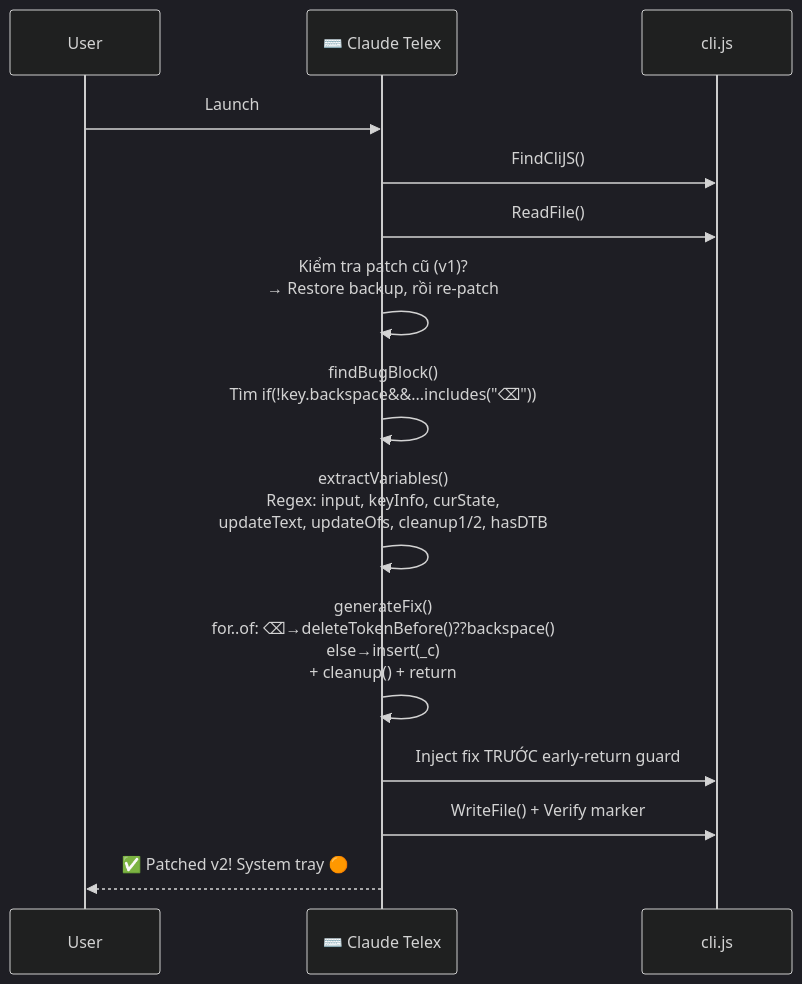
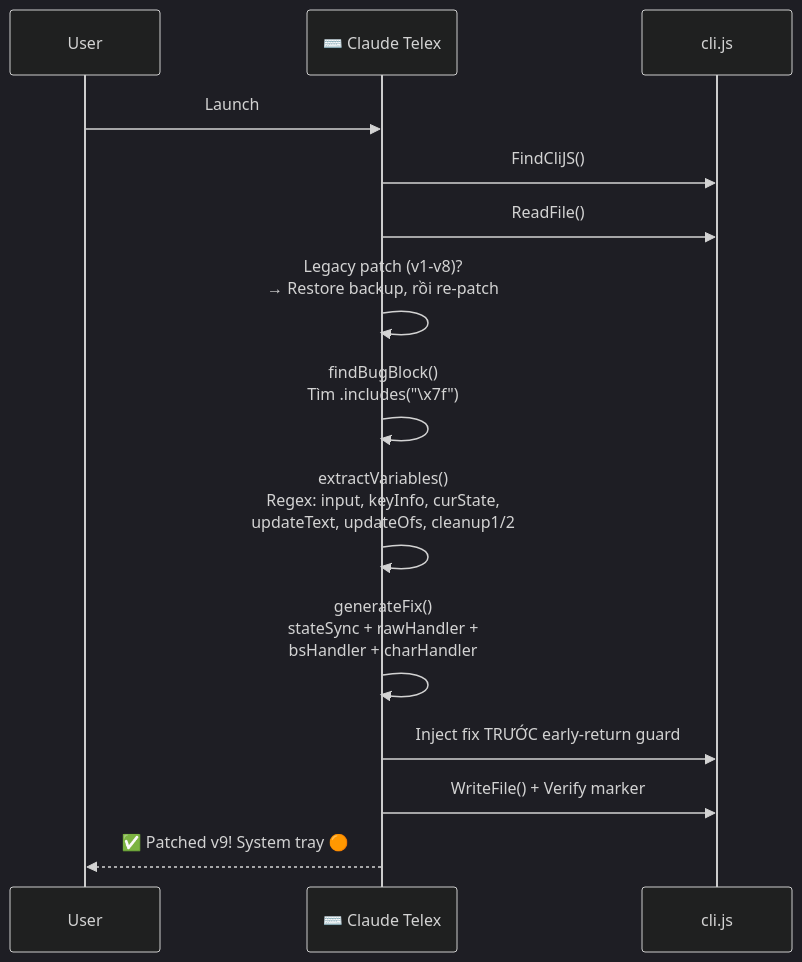
Before and after one commit to nguyenhx2/Claude-Telex: the third of 6 diagrams in README.md, drawn with Mermaid (dark theme). The commit also changed other lines of this file and 2 other files, not shown here.

First line of the commit message:
feat(patcher): v9 engine-aware IME patch with charHandler

````diff
--- a/README.md
+++ b/README.md
@@ -161,17 +157,17 @@
 ```mermaid
 sequenceDiagram
     participant U as User
     participant CT as ⌨️ Claude Telex
     participant JS as cli.js
 
     U->>CT: Launch
     CT->>JS: FindCliJS()
     CT->>JS: ReadFile()
-    CT->>CT: Kiểm tra patch cũ (v1)?<br/>→ Restore backup, rồi re-patch
-    CT->>CT: findBugBlock()<br/>Tìm if(!key.backspace&&...includes("⌫"))
-    CT->>CT: extractVariables()<br/>Regex: input, keyInfo, curState,<br/>updateText, updateOfs, cleanup1/2, hasDTB
-    CT->>CT: generateFix()<br/>for..of: ⌫→deleteTokenBefore()??backspace()<br/>else→insert(_c)<br/>+ cleanup() + return
+    CT->>CT: Legacy patch (v1-v8)?<br/>→ Restore backup, rồi re-patch
+    CT->>CT: findBugBlock()<br/>Tìm .includes("\x7f")
+    CT->>CT: extractVariables()<br/>Regex: input, keyInfo, curState,<br/>updateText, updateOfs, cleanup1/2
+    CT->>CT: generateFix()<br/>stateSync + rawHandler +<br/>bsHandler + charHandler
     CT->>JS: Inject fix TRƯỚC early-return guard
     CT->>JS: WriteFile() + Verify marker
-    CT-->>U: ✅ Patched v2! System tray 🟠
+    CT-->>U: ✅ Patched v9! System tray 🟠
 ```
````
